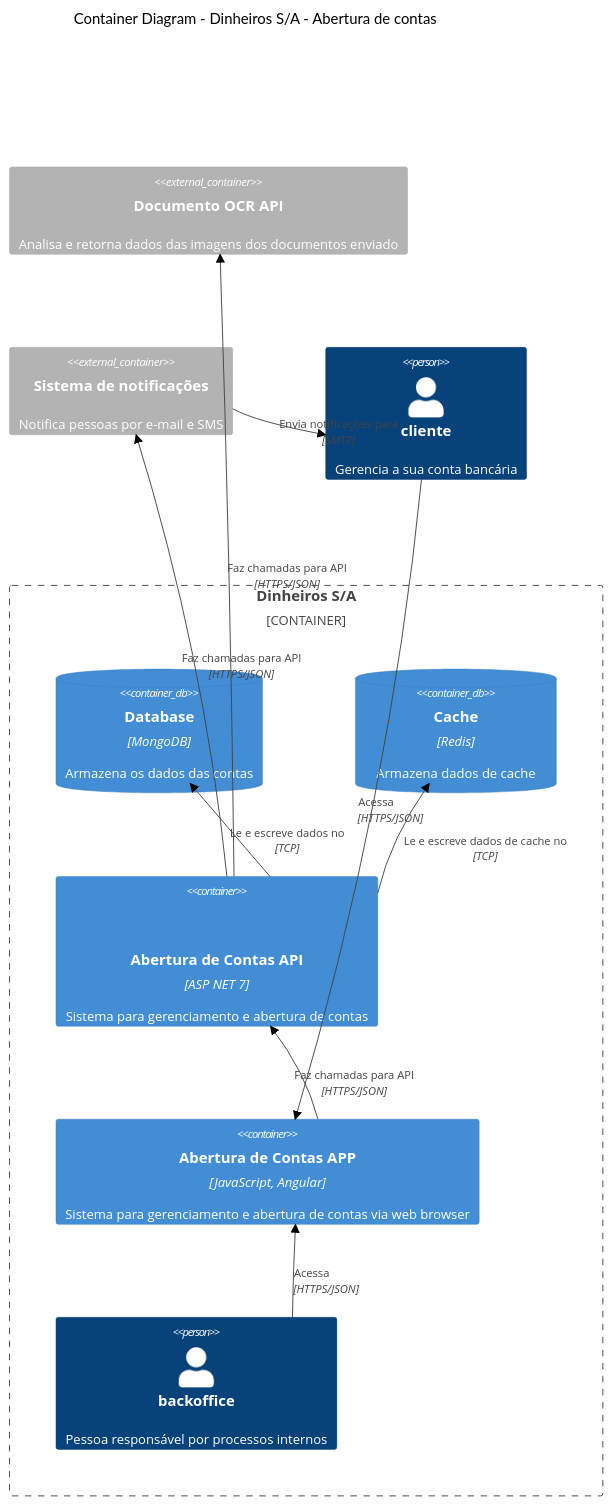
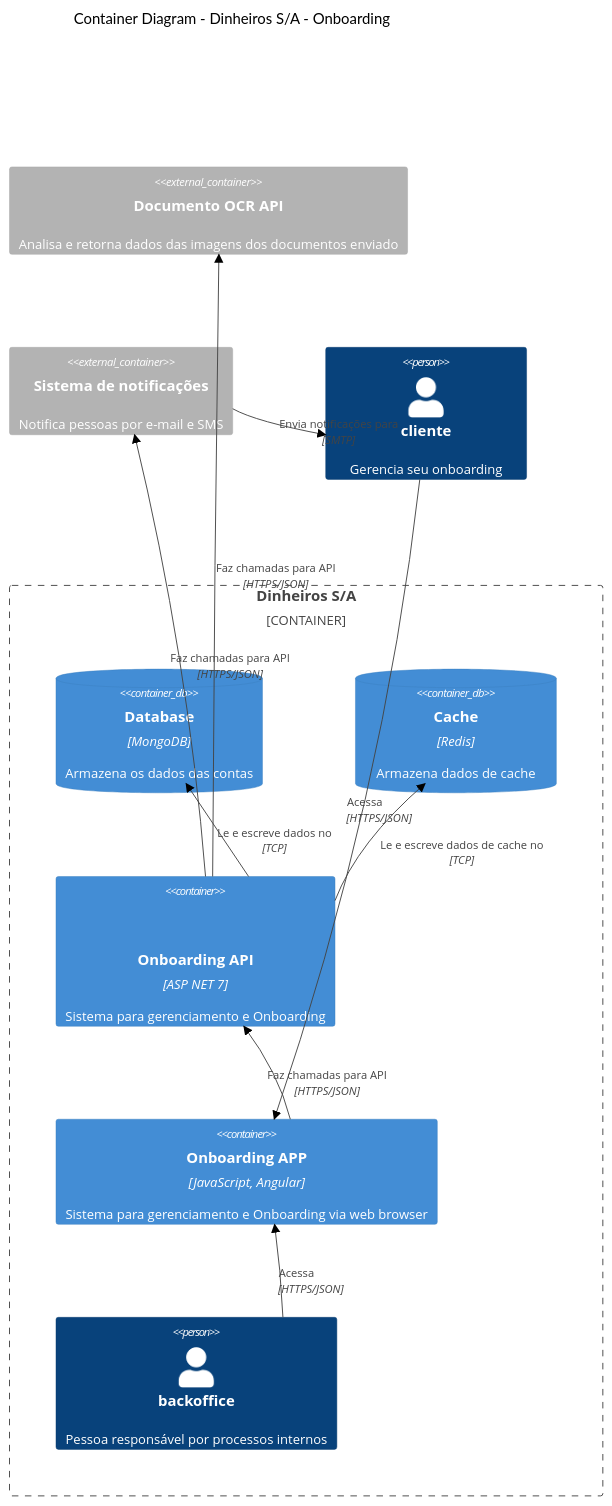
One commit to CristianoRC/C4-Model changed the diagram in Diagrams/container.md. Above: the diagram before and after it, drawn with Mermaid (neutral theme).

Commit message:
Corrige nome par aonboardign no diagrama de container

````diff
--- a/Diagrams/container.md
+++ b/Diagrams/container.md
@@ -3,29 +3,29 @@
 ```mermaid
 C4Context
-    title Container Diagram - Dinheiros S/A - Abertura de contas
+    title Container Diagram - Dinheiros S/A - Onboarding
 
     Container_Boundary(banco,"Dinheiros S/A") {        
         ContainerDb(mongodb, "Database", "MongoDB", "Armazena os dados das contas")
         ContainerDb(redis, "Cache", "Redis", "Armazena dados de cache")
 
-        Container(api, "Abertura de Contas API", "ASP NET 7", "Sistema para gerenciamento e abertura de contas", "API")
-        Container(app, "Abertura de Contas APP", "JavaScript, Angular", "Sistema para gerenciamento e abertura de contas via web browser")
+        Container(api, "Onboarding API", "ASP NET 7", "Sistema para gerenciamento e Onboarding", "API")
+        Container(app, "Onboarding APP", "JavaScript, Angular", "Sistema para gerenciamento e Onboarding via web browser")
 
         Person(backoffice, "backoffice", "Pessoa responsável por processos internos")
     }
 
     Container_Ext(documentos, "Documento OCR API", "", "Analisa e retorna dados das imagens dos documentos enviado")
     Container_Ext(notifications, "Sistema de notificações", "", "Notifica pessoas por e-mail e SMS")
 
-    Person(cliente, "cliente", "Gerencia a sua conta bancária")
+    Person(cliente, "cliente", "Gerencia seu onboarding")
 
     Rel(api, mongodb, "Le e escreve dados no", "TCP")
     Rel(api, redis, "Le e escreve dados de cache no", "TCP")
 
     Rel(cliente, app, "Acessa", "HTTPS/JSON")
     Rel(backoffice, app, "Acessa", "HTTPS/JSON")
     Rel(app, api, "Faz chamadas para API", "HTTPS/JSON")
     Rel(api, documentos, "Faz chamadas para API", "HTTPS/JSON")
     Rel(api, notifications,"Faz chamadas para API", "HTTPS/JSON")
     Rel(notifications, cliente, "Envia notificações para", "SMTP")
 ```
````
